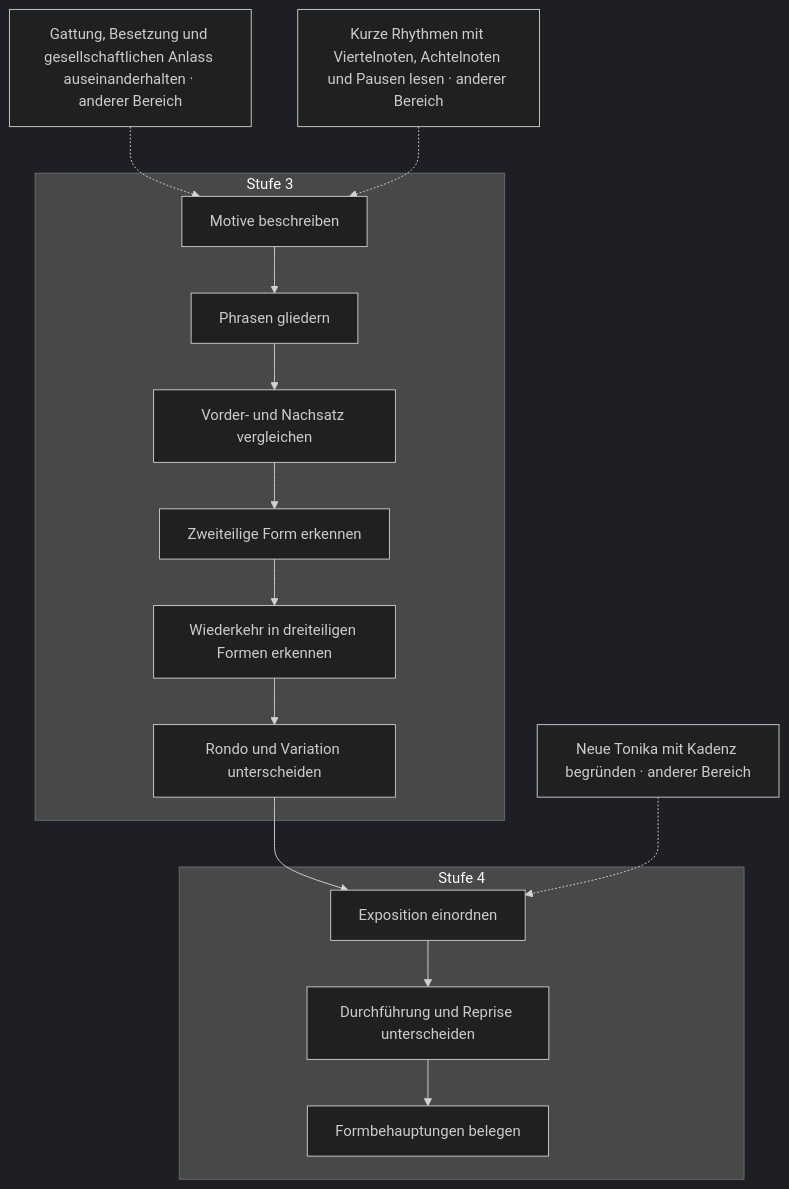
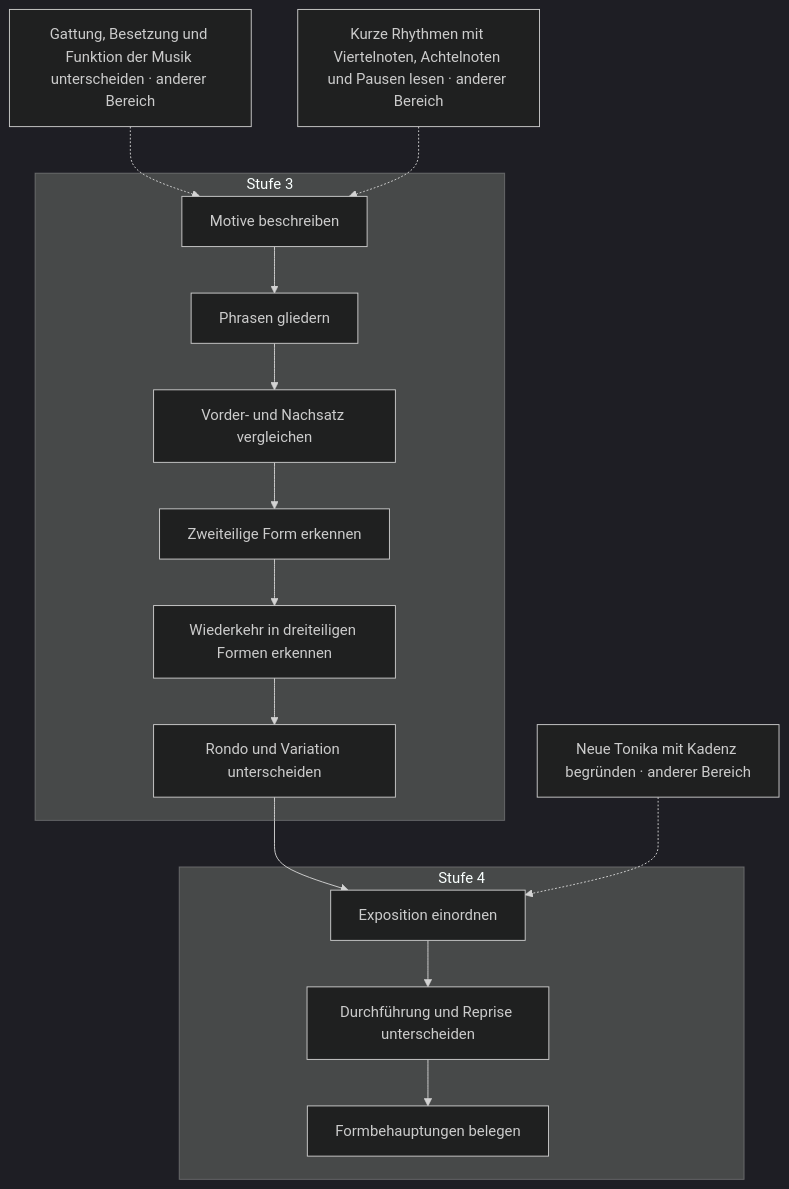
One commit to PhiFa96/harmonia changed diagram 11 of 16 in docs/plan/faehigkeitsgraph-diagramme.md. Above: the diagram before and after it, drawn with Mermaid (dark theme). The commit also changed other lines of this file and 16 other files, not shown here.

First line of the commit message:
fix(content): Graphkorrekturen Stufe 1 und 2 aus der Fachprüfung (Katalogversion 17)

````diff
--- a/docs/plan/faehigkeitsgraph-diagramme.md
+++ b/docs/plan/faehigkeitsgraph-diagramme.md
@@ -814,30 +827,30 @@
 ```mermaid
 flowchart TD
   subgraph level3["Stufe 3"]
     s108["Motive beschreiben"]
     s109["Phrasen gliedern"]
     s110["Vorder- und Nachsatz vergleichen"]
     s111["Zweiteilige Form erkennen"]
     s112["Wiederkehr in dreiteiligen Formen erkennen"]
     s113["Rondo und Variation unterscheiden"]
   end
   subgraph level4["Stufe 4"]
     s144["Exposition einordnen"]
     s145["Durchführung und Reprise unterscheiden"]
     s146["Formbehauptungen belegen"]
   end
-  s38["Gattung, Besetzung und gesellschaftlichen Anlass auseinanderhalten · anderer Bereich"]
+  s38["Gattung, Besetzung und Funktion der Musik unterscheiden · anderer Bereich"]
   s21["Kurze Rhythmen mit Viertelnoten, Achtelnoten und Pausen lesen · anderer Bereich"]
   s137["Neue Tonika mit Kadenz begründen · anderer Bereich"]
   s38 -.-> s108
   s21 -.-> s108
   s108 --> s109
   s109 --> s110
   s110 --> s111
   s111 --> s112
   s112 --> s113
   s113 --> s144
   s137 -.-> s144
   s144 --> s145
   s145 --> s146
 ```
````
